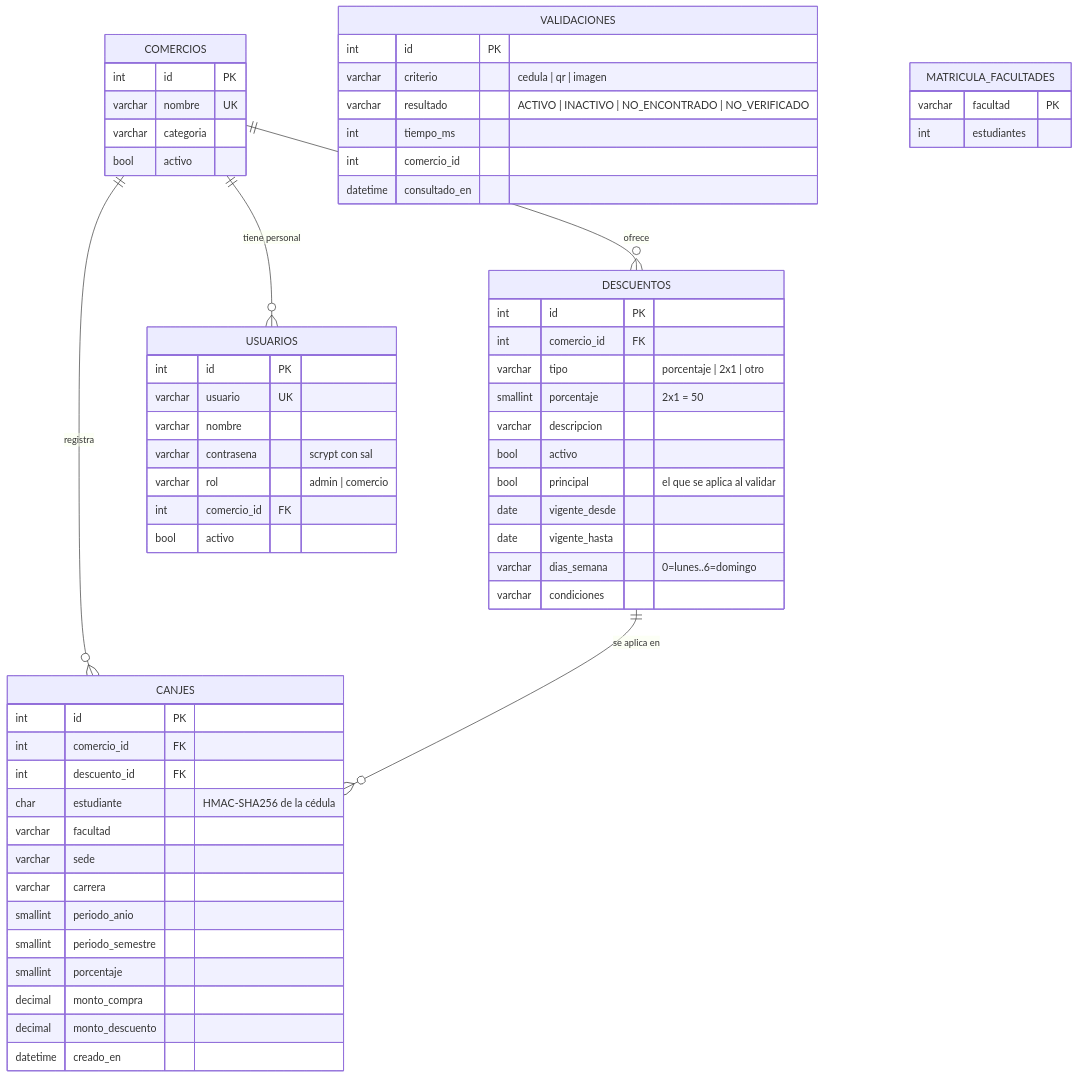
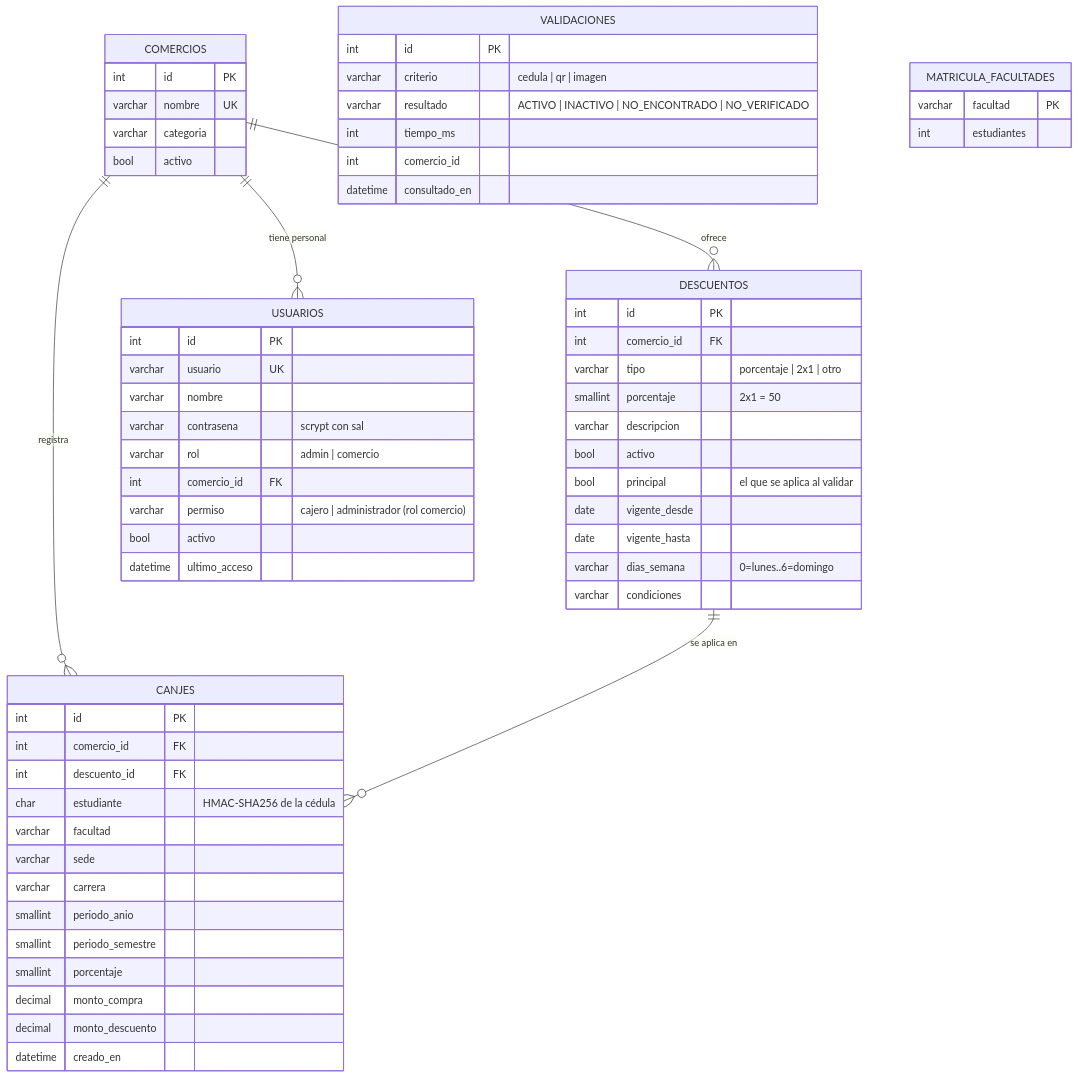
Before and after one commit to Juanchox09/zonactitUd: the second of 5 diagrams in docs/tesis/03-arquitectura-y-lineamientos.md, drawn with Mermaid. The commit also changed other lines of this file and 24 other files, not shown here.

````diff
--- a/docs/tesis/03-arquitectura-y-lineamientos.md
+++ b/docs/tesis/03-arquitectura-y-lineamientos.md
@@ -60,62 +60,64 @@
 ```mermaid
 erDiagram
   COMERCIOS ||--o{ DESCUENTOS : ofrece
   COMERCIOS ||--o{ CANJES : registra
   DESCUENTOS ||--o{ CANJES : "se aplica en"
   COMERCIOS ||--o{ USUARIOS : "tiene personal"
   COMERCIOS {
     int id PK
     varchar nombre UK
     varchar categoria
     bool activo
   }
   DESCUENTOS {
     int id PK
     int comercio_id FK
     varchar tipo "porcentaje | 2x1 | otro"
     smallint porcentaje "2x1 = 50"
     varchar descripcion
     bool activo
     bool principal "el que se aplica al validar"
     date vigente_desde
     date vigente_hasta
     varchar dias_semana "0=lunes..6=domingo"
     varchar condiciones
   }
   CANJES {
     int id PK
     int comercio_id FK
     int descuento_id FK
     char estudiante "HMAC-SHA256 de la cédula"
     varchar facultad
     varchar sede
     varchar carrera
     smallint periodo_anio
     smallint periodo_semestre
     smallint porcentaje
     decimal monto_compra
     decimal monto_descuento
     datetime creado_en
   }
   VALIDACIONES {
     int id PK
     varchar criterio "cedula | qr | imagen"
     varchar resultado "ACTIVO | INACTIVO | NO_ENCONTRADO | NO_VERIFICADO"
     int tiempo_ms
     int comercio_id
     datetime consultado_en
   }
   USUARIOS {
     int id PK
     varchar usuario UK
     varchar nombre
     varchar contrasena "scrypt con sal"
     varchar rol "admin | comercio"
     int comercio_id FK
+    varchar permiso "cajero | administrador (rol comercio)"
     bool activo
+    datetime ultimo_acceso
   }
   MATRICULA_FACULTADES {
     varchar facultad PK
     int estudiantes
   }
 ```
````
